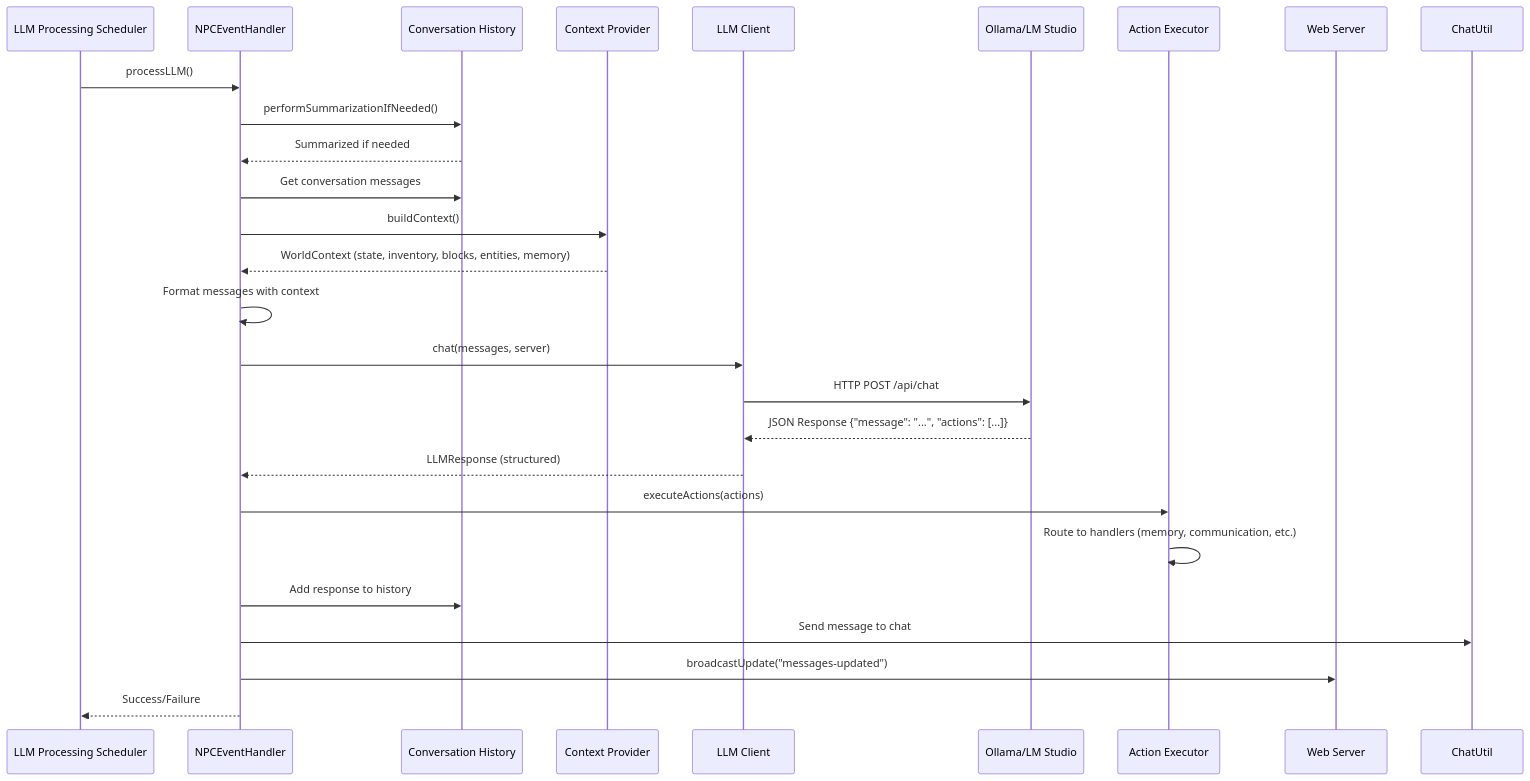
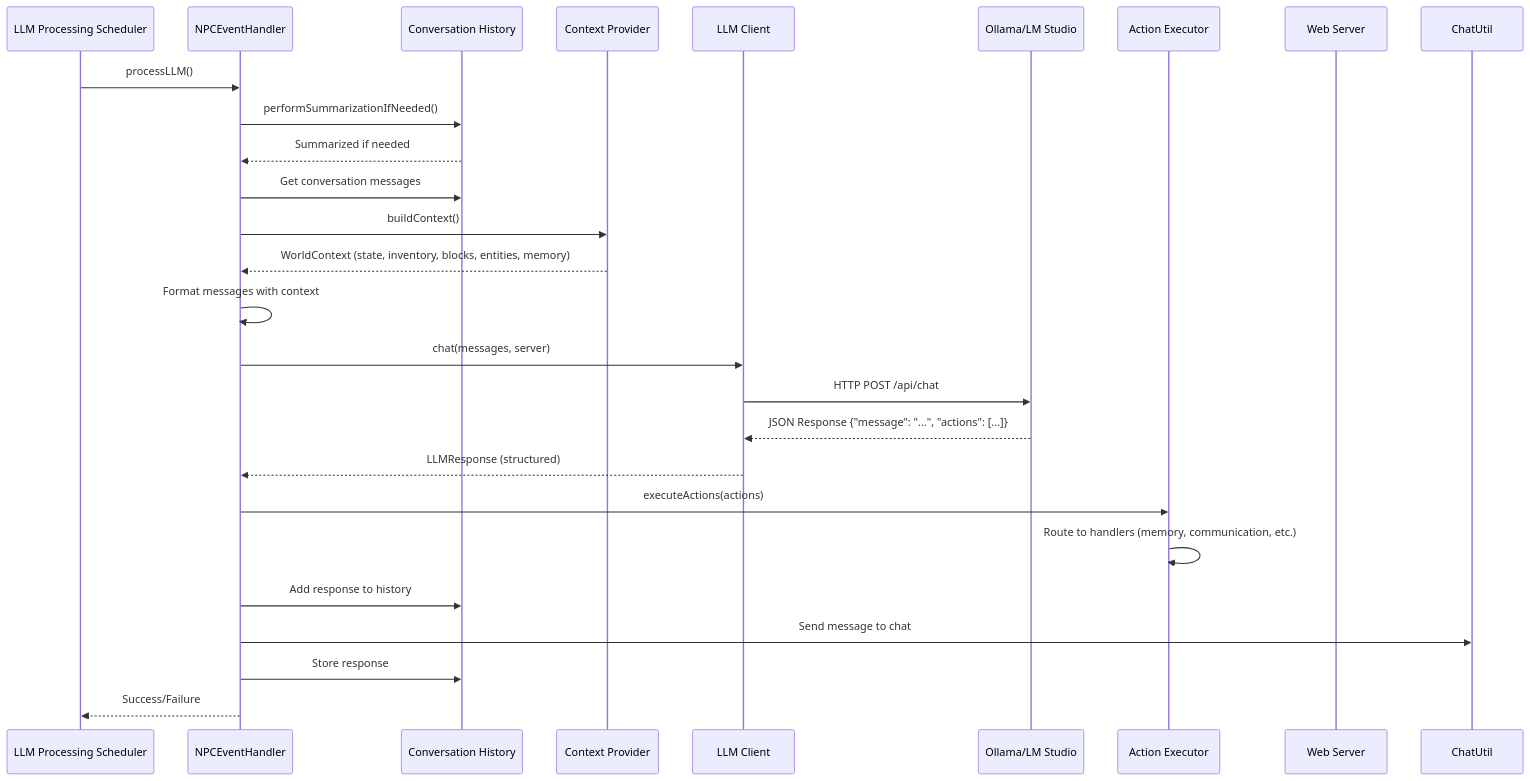
One commit to prskid1000/CraftAgent changed the fourth of 9 diagrams in README.md. Above: the diagram before and after it, drawn with Mermaid. The commit also changed other lines of this file and 7 other files, not shown here.

````diff
--- a/README.md
+++ b/README.md
@@ -275,29 +275,29 @@
 ```mermaid
 sequenceDiagram
     participant Scheduler as LLM Processing Scheduler
     participant EventHandler as NPCEventHandler
     participant History as Conversation History
     participant Context as Context Provider
     participant LLM as LLM Client
     participant Ollama as Ollama/LM Studio
     participant ActionExecutor as Action Executor
     participant WebServer as Web Server
     
     Scheduler->>EventHandler: processLLM()
     EventHandler->>History: performSummarizationIfNeeded()
     History-->>EventHandler: Summarized if needed
     EventHandler->>History: Get conversation messages
     EventHandler->>Context: buildContext()
     Context-->>EventHandler: WorldContext (state, inventory, blocks, entities, memory)
     EventHandler->>EventHandler: Format messages with context
     EventHandler->>LLM: chat(messages, server)
     LLM->>Ollama: HTTP POST /api/chat
     Ollama-->>LLM: JSON Response {"message": "...", "actions": [...]}
     LLM-->>EventHandler: LLMResponse (structured)
     EventHandler->>ActionExecutor: executeActions(actions)
     ActionExecutor->>ActionExecutor: Route to handlers (memory, communication, etc.)
     EventHandler->>History: Add response to history
     EventHandler->>ChatUtil: Send message to chat
-    EventHandler->>WebServer: broadcastUpdate("messages-updated")
+    EventHandler->>History: Store response
     EventHandler-->>Scheduler: Success/Failure
 ```
````
